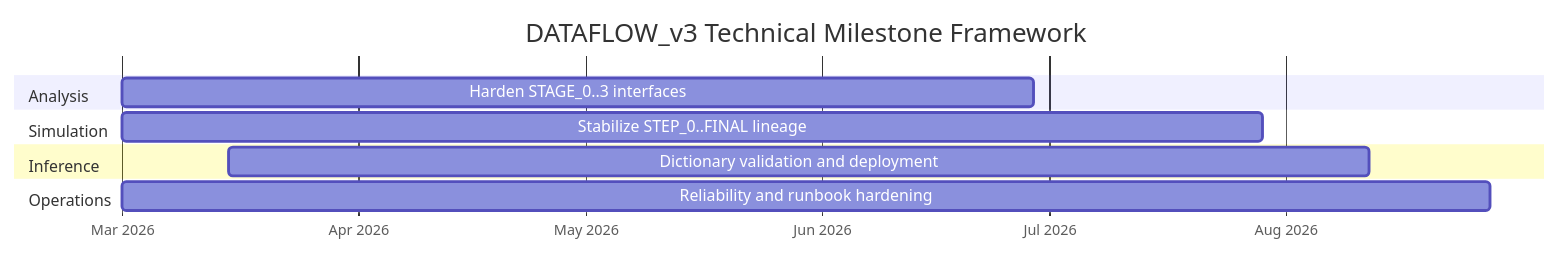
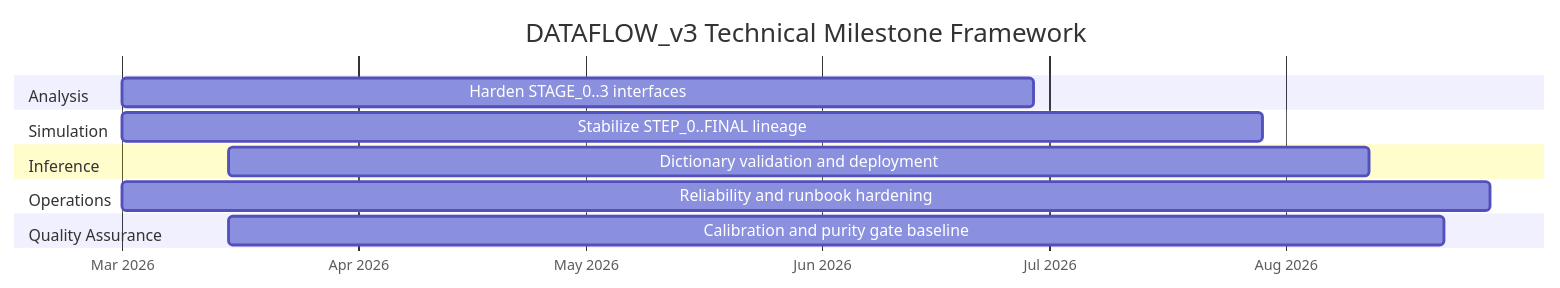
The diagram in DOCUMENTATION/docs/project/milestones-deliverables-risk.md (csoneira/DATAFLOW_v3), drawn with Mermaid before and after one commit. The commit also changed other lines of this file and 12 other files, not shown here.

````diff
--- a/DOCUMENTATION/docs/project/milestones-deliverables-risk.md
+++ b/DOCUMENTATION/docs/project/milestones-deliverables-risk.md
@@ -5,14 +5,16 @@
 ```mermaid
 gantt
     title DATAFLOW_v3 Technical Milestone Framework
     dateFormat  YYYY-MM-DD
     axisFormat  %b %Y
     section Analysis
     Harden STAGE_0..3 interfaces         :a1, 2026-03-01, 120d
     section Simulation
     Stabilize STEP_0..FINAL lineage      :s1, 2026-03-01, 150d
     section Inference
     Dictionary validation and deployment :d1, 2026-03-15, 150d
     section Operations
     Reliability and runbook hardening    :o1, 2026-03-01, 180d
+    section Quality Assurance
+    Calibration and purity gate baseline :q1, 2026-03-15, 160d
 ```
````
